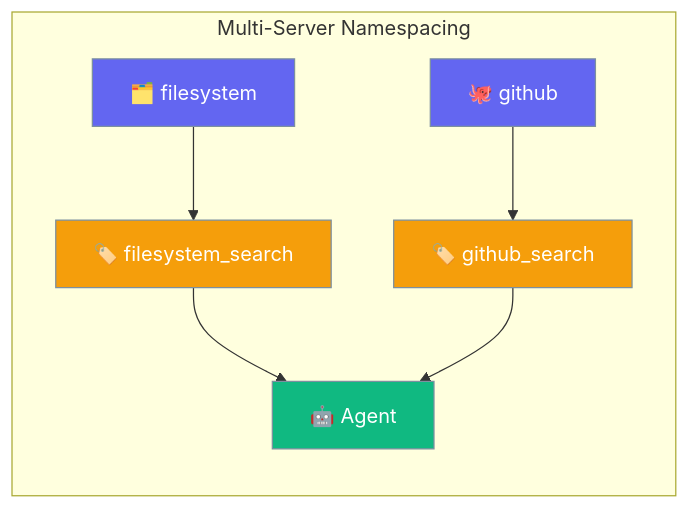
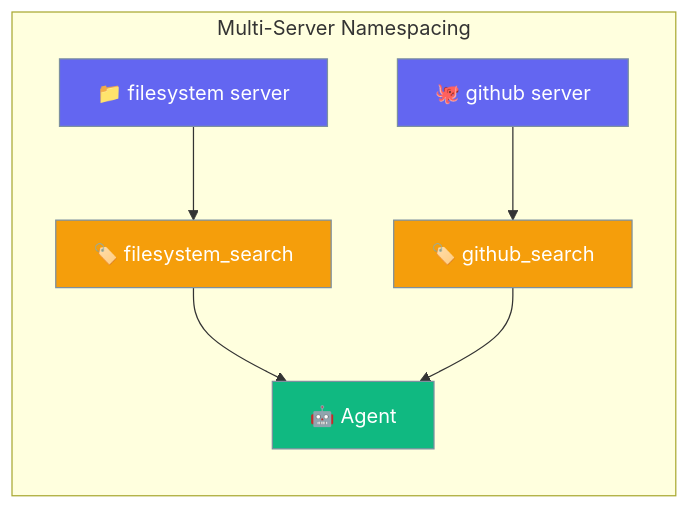
One commit to MervinPraison/PraisonAIDocs changed the third of 3 diagrams in docs/features/load-mcp-tools.mdx. Above: the diagram before and after it, drawn with Mermaid. The commit also changed other lines of this file and 1 other file, not shown here.

````diff
--- a/docs/features/load-mcp-tools.mdx
+++ b/docs/features/load-mcp-tools.mdx
@@ -123,17 +123,17 @@
 ```mermaid
 graph LR
     subgraph "Multi-Server Namespacing"
-        FS[🗂️ filesystem] --> P1[🏷️ filesystem_search]
-        GH[🐙 github] --> P2[🏷️ github_search]
-        P1 --> Agent[🤖 Agent]
-        P2 --> Agent
+        FS[📁 filesystem server] --> FSP[🏷️ filesystem_search]
+        GH[🐙 github server] --> GHP[🏷️ github_search]
+        FSP --> Agent[🤖 Agent]
+        GHP --> Agent
     end
 
     classDef server fill:#6366F1,stroke:#7C90A0,color:#fff
-    classDef prefix fill:#F59E0B,stroke:#7C90A0,color:#fff
-    classDef agent fill:#10B981,stroke:#7C90A0,color:#fff
+    classDef prefixed fill:#F59E0B,stroke:#7C90A0,color:#fff
+    classDef output fill:#10B981,stroke:#7C90A0,color:#fff
 
     class FS,GH server
-    class P1,P2 prefix
-    class Agent agent
+    class FSP,GHP prefixed
+    class Agent output
 ```
````
